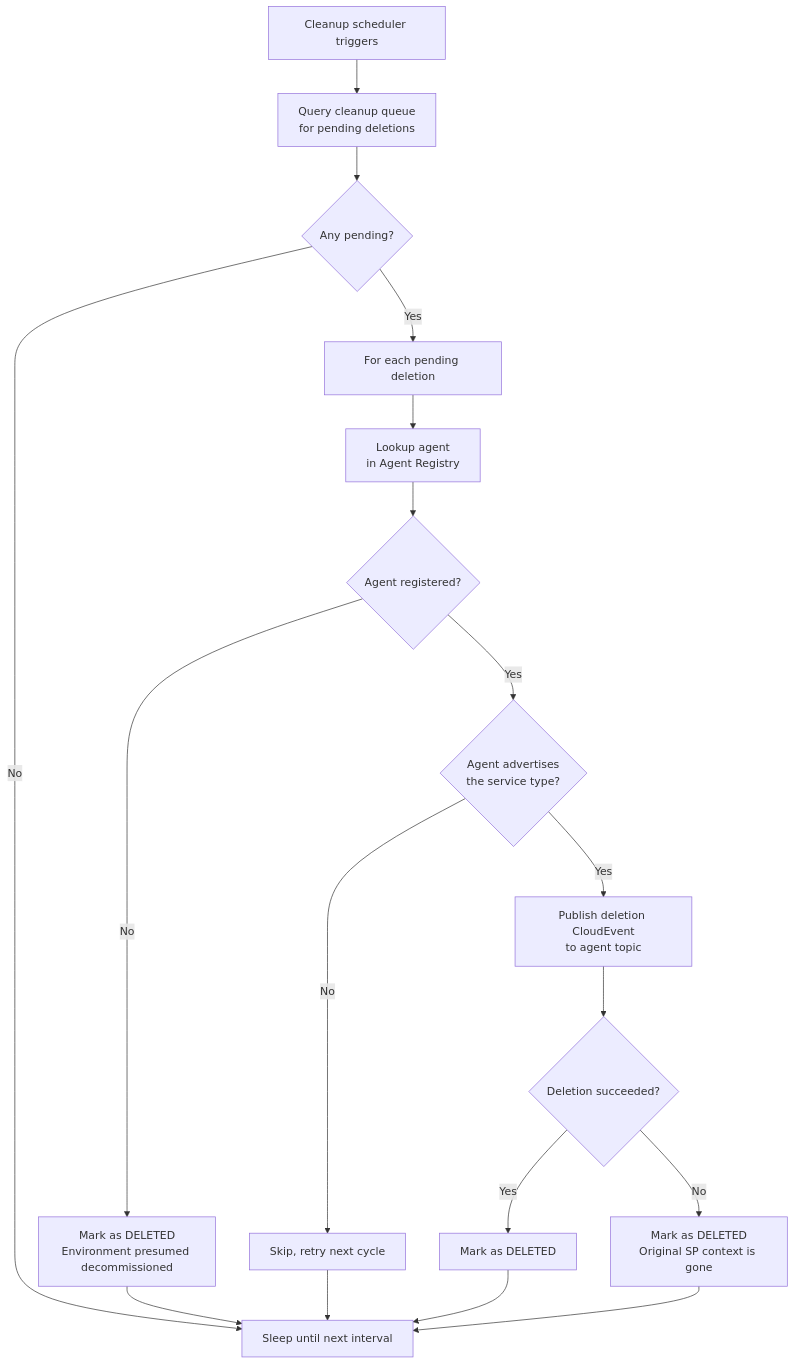
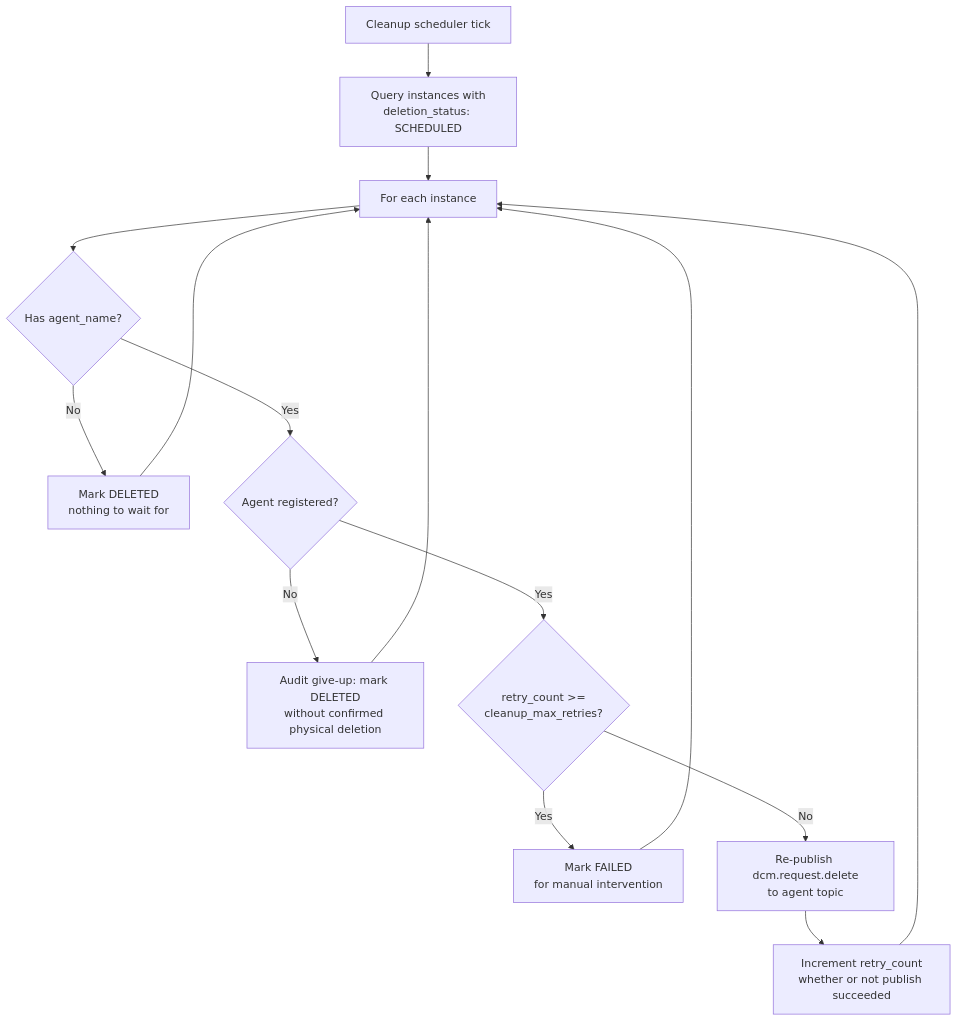
One commit to dcm-project/enhancements changed the third of 4 diagrams in enhancements/rehydration-flow/rehydration-flow.md. Above: the diagram before and after it, drawn with Mermaid. The commit also changed other lines of this file and 2 other files, not shown here.

````diff
--- a/enhancements/rehydration-flow/rehydration-flow.md
+++ b/enhancements/rehydration-flow/rehydration-flow.md
@@ -328,20 +337,17 @@
 ```mermaid
 flowchart TD
-    A[Cleanup scheduler triggers] --> B[Query cleanup queue<br/>for pending deletions]
-    B --> C{Any pending?}
-    C -->|No| D[Sleep until next interval]
-    C -->|Yes| E[For each pending deletion]
-    E --> F[Lookup agent<br/>in Agent Registry]
-    F --> G{Agent registered?}
-    G -->|No| H[Mark as DELETED<br/>Environment presumed decommissioned]
-    G -->|Yes| I{Agent advertises<br/>the service type?}
-    I -->|No| J[Skip, retry next cycle]
-    I -->|Yes| K[Publish deletion CloudEvent<br/>to agent topic]
-    K --> L{Deletion succeeded?}
-    L -->|Yes| M[Mark as DELETED]
-    L -->|No| N[Mark as DELETED<br/>Original SP context is gone]
-    M --> D
-    N --> D
-    H --> D
-    J --> D
+    A[Cleanup scheduler tick] --> B[Query instances with<br/>deletion_status: SCHEDULED]
+    B --> C[For each instance]
+    C --> D{Has agent_name?}
+    D -- No --> E[Mark DELETED<br/>nothing to wait for]
+    E --> C
+    D -- Yes --> F{Agent registered?}
+    F -- No --> G[Audit give-up: mark DELETED<br/>without confirmed physical deletion]
+    G --> C
+    F -- Yes --> H{retry_count >=<br/>cleanup_max_retries?}
+    H -- Yes --> I[Mark FAILED<br/>for manual intervention]
+    I --> C
+    H -- No --> J[Re-publish dcm.request.delete<br/>to agent topic]
+    J --> K[Increment retry_count<br/>whether or not publish succeeded]
+    K --> C
 ```
````
